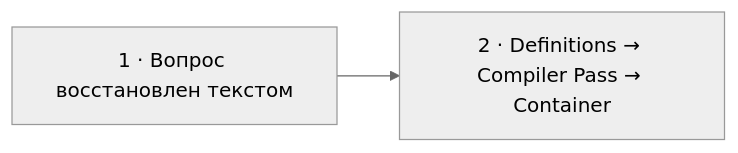
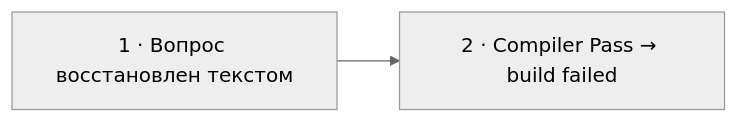
Before and after one commit to savinmikhail/php-backend-interview-video: the diagram in episodes/841862-1payment/visual-plans/12-compiler-pass.md, drawn with Mermaid (neutral theme). The commit also changed other lines of this file and 1 other file, not shown here.

Commit message:
Revise consumer and compiler pass visual plans

````diff
--- a/episodes/841862-1payment/visual-plans/12-compiler-pass.md
+++ b/episodes/841862-1payment/visual-plans/12-compiler-pass.md
@@ -64,4 +65,4 @@
 ```mermaid
 flowchart LR
-  Q["1 · Вопрос восстановлен текстом"] --> C["2 · Definitions → Compiler Pass → Container"]
+  Q["1 · Вопрос восстановлен текстом"] --> C["2 · Compiler Pass → build failed"]
 ```
````
